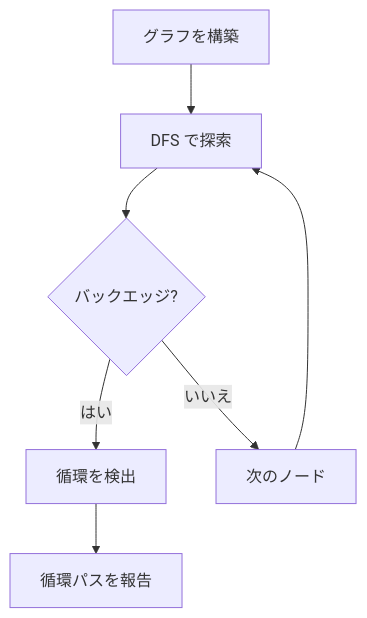
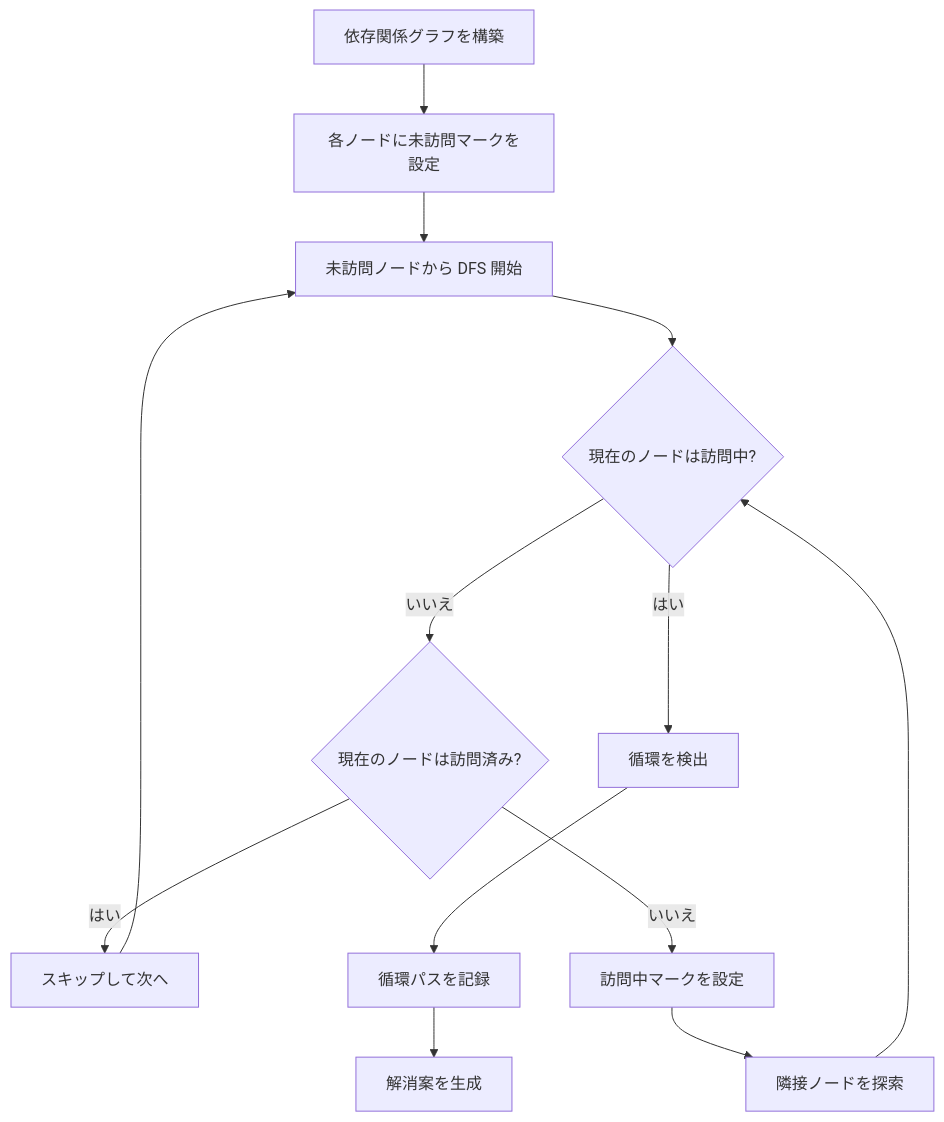
The third of 8 diagrams in .claude/skills/task-decomposition/guide.md (YH-05/finance), drawn with Mermaid before and after one commit. The commit also changed other lines of this file, not shown here.

````diff
--- a/.claude/skills/task-decomposition/guide.md
+++ b/.claude/skills/task-decomposition/guide.md
@@ -132,9 +285,15 @@
 ```mermaid
 graph TD
-    A[グラフを構築] --> B[DFS で探索]
-    B --> C{バックエッジ?}
-    C -->|はい| D[循環を検出]
-    C -->|いいえ| E[次のノード]
-    E --> B
-    D --> F[循環パスを報告]
+    A[依存関係グラフを構築] --> B[各ノードに未訪問マークを設定]
+    B --> C[未訪問ノードから DFS 開始]
+    C --> D{現在のノードは訪問中?}
+    D -->|はい| E[循環を検出]
+    D -->|いいえ| F{現在のノードは訪問済み?}
+    F -->|はい| G[スキップして次へ]
+    F -->|いいえ| H[訪問中マークを設定]
+    H --> I[隣接ノードを探索]
+    I --> D
+    G --> C
+    E --> J[循環パスを記録]
+    J --> K[解消案を生成]
 ```
````
